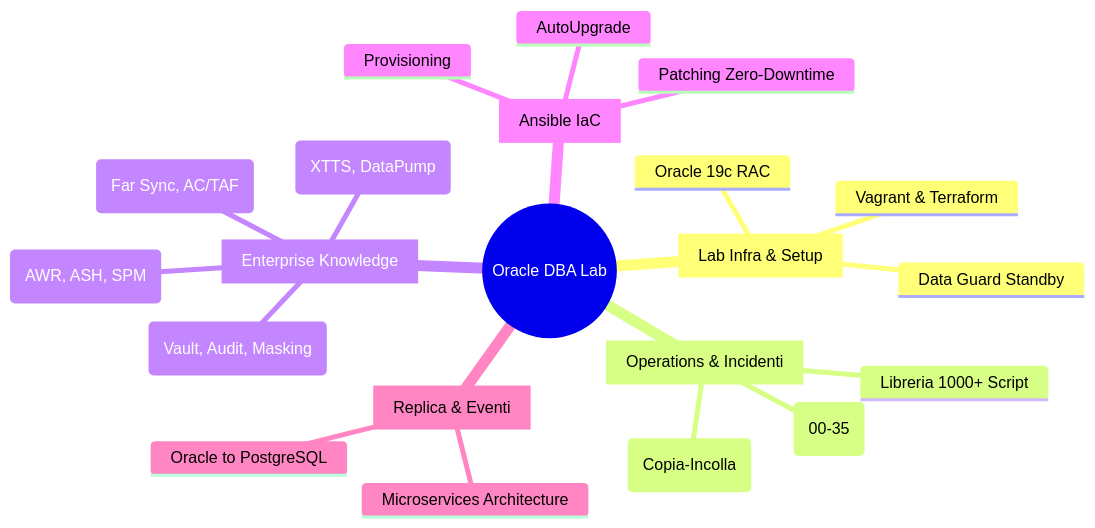
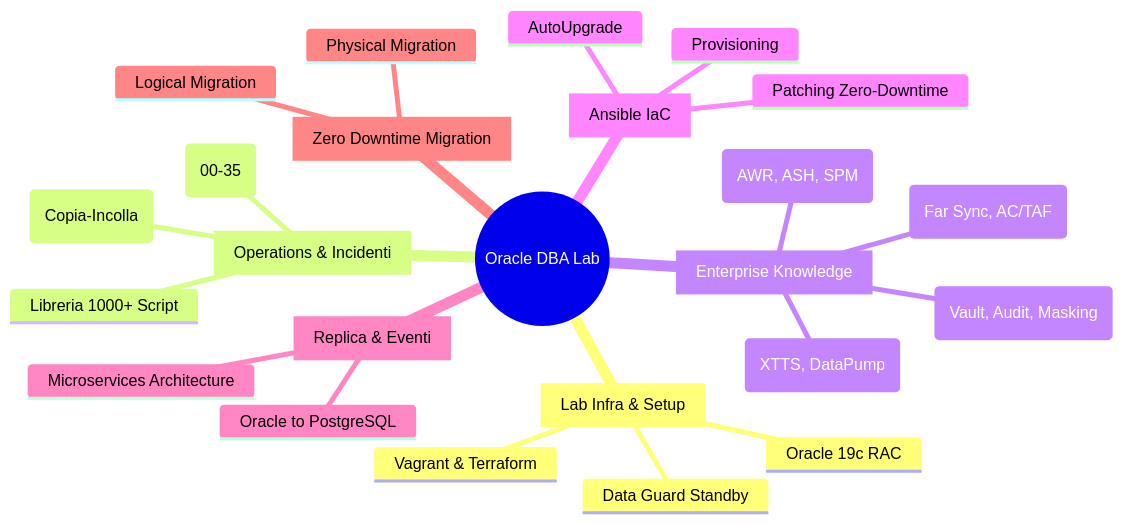
Before and after one commit to Mohamed-DN/dba_oracle_lab: the first of 2 diagrams in README.md, drawn with Mermaid. The commit also changed other lines of this file and 4 other files, not shown here.

Commit message:
docs(zdm): add Zero Downtime Migration guide and section

````diff
--- a/README.md
+++ b/README.md
@@ -43,24 +44,27 @@
 ```mermaid
 mindmap
   root((Oracle DBA Lab))
     Core Lab [Lab Infra & Setup]
       Vagrant & Terraform
       Oracle 19c RAC
       Data Guard Standby
     Operatività [Operations & Incidenti]
       36 Runbook Operativi (00-35)
       15 Script Pronti (Copia-Incolla)
       Libreria 1000+ Script
     Guide Monumentali [Enterprise Knowledge]
       Security (Vault, Audit, Masking)
       HA (Far Sync, AC/TAF)
       Backup (XTTS, DataPump)
       Performance (AWR, ASH, SPM)
     Automazione [Ansible IaC]
       Provisioning
       Patching Zero-Downtime
       AutoUpgrade
     GoldenGate [Replica & Eventi]
       Microservices Architecture
       Oracle to PostgreSQL
+    ZDM [Zero Downtime Migration]
+      Logical Migration
+      Physical Migration
 ```
````
